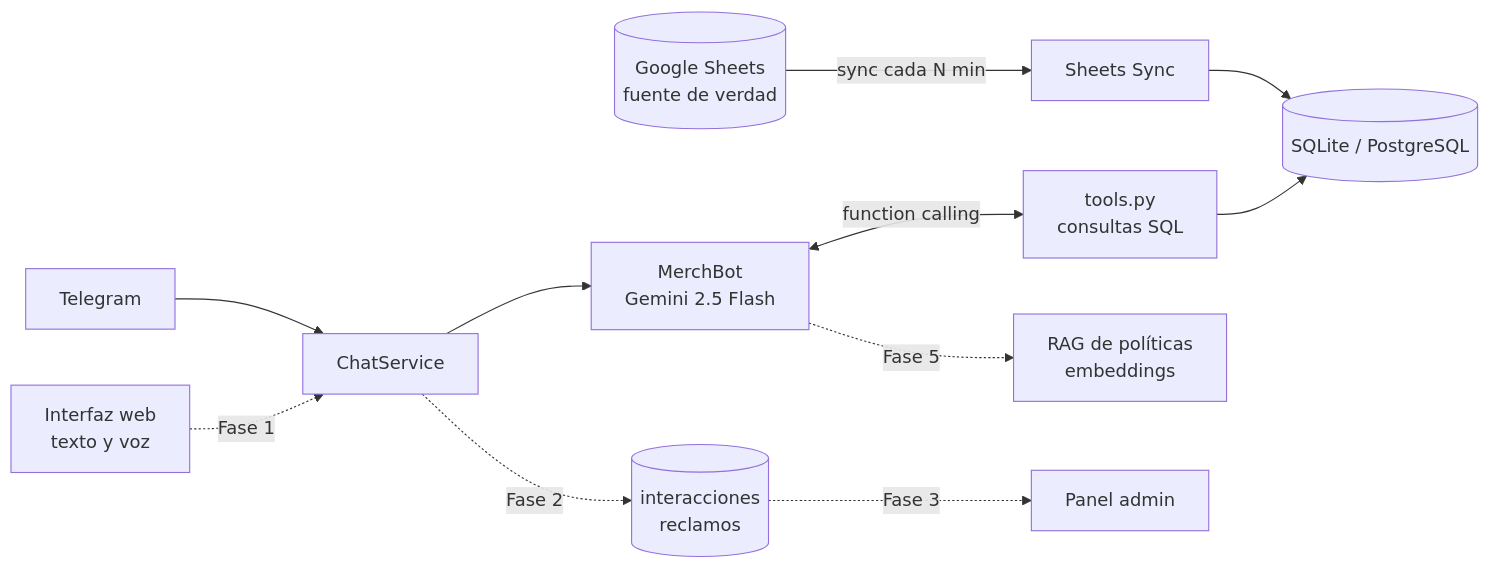
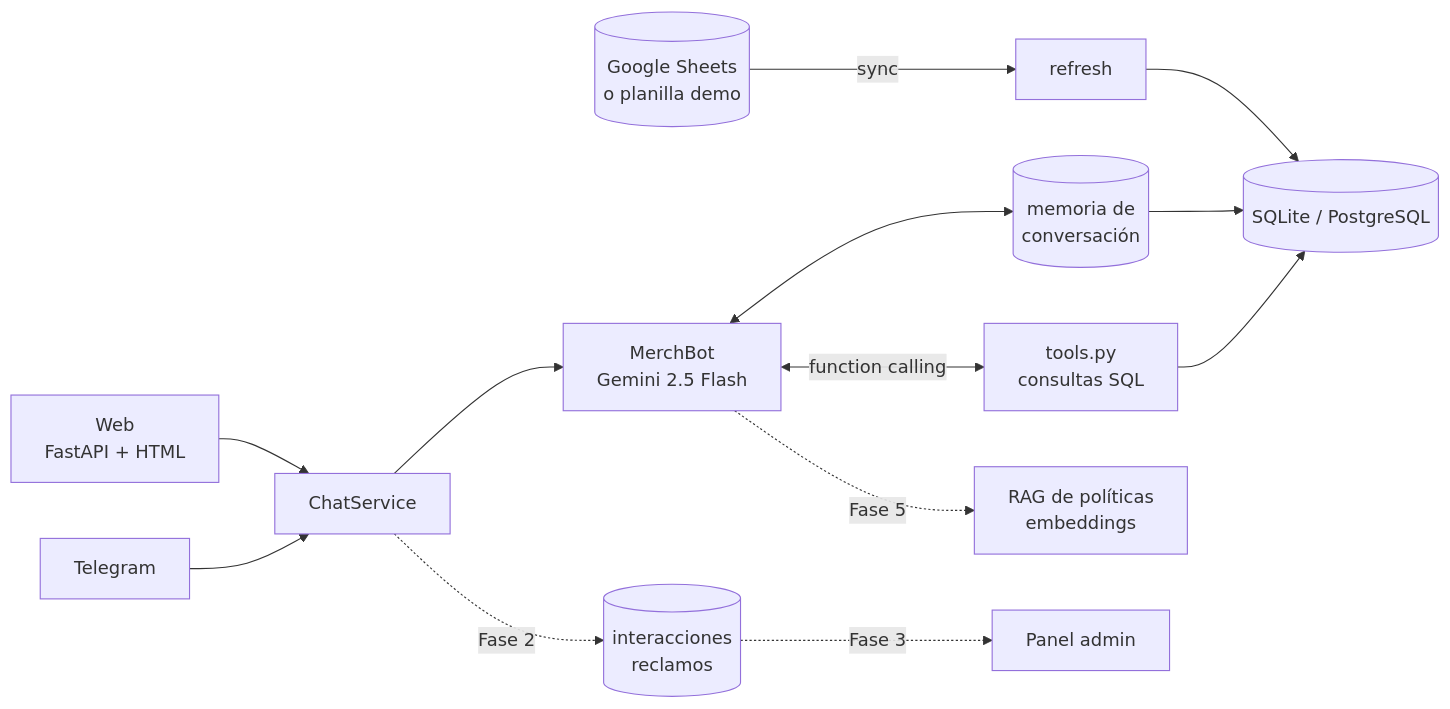
Before and after one commit to agustinvignau/merchbot: the diagram in README.md, drawn with Mermaid. The commit also changed other lines of this file and 3 other files, not shown here.

First line of the commit message:
docs: README y plan actualizados con la Fase 1, capturas de la web

````diff
--- a/README.md
+++ b/README.md
@@ -61,15 +61,17 @@
 ```mermaid
 flowchart LR
-    GS[(Google Sheets<br/>fuente de verdad)] -->|sync cada N min| SY[Sheets Sync]
+    GS[(Google Sheets<br/>o planilla demo)] -->|sync| SY[refresh]
     SY --> DB[(SQLite / PostgreSQL)]
 
-    TG[Telegram] --> CS[ChatService]
-    WEB[Interfaz web<br/>texto y voz] -.->|Fase 1| CS
+    WEB[Web<br/>FastAPI + HTML] --> CS[ChatService]
+    TG[Telegram] --> CS
 
     CS --> BOT[MerchBot<br/>Gemini 2.5 Flash]
+    BOT <--> MEM[(memoria de<br/>conversación)]
+    MEM --> DB
     BOT <-->|function calling| TOOLS[tools.py<br/>consultas SQL]
     TOOLS --> DB
     BOT -.->|Fase 5| RAG[RAG de políticas<br/>embeddings]
     CS -.->|Fase 2| LOG[(interacciones<br/>reclamos)]
     LOG -.->|Fase 3| ADM[Panel admin]
 ```
````
